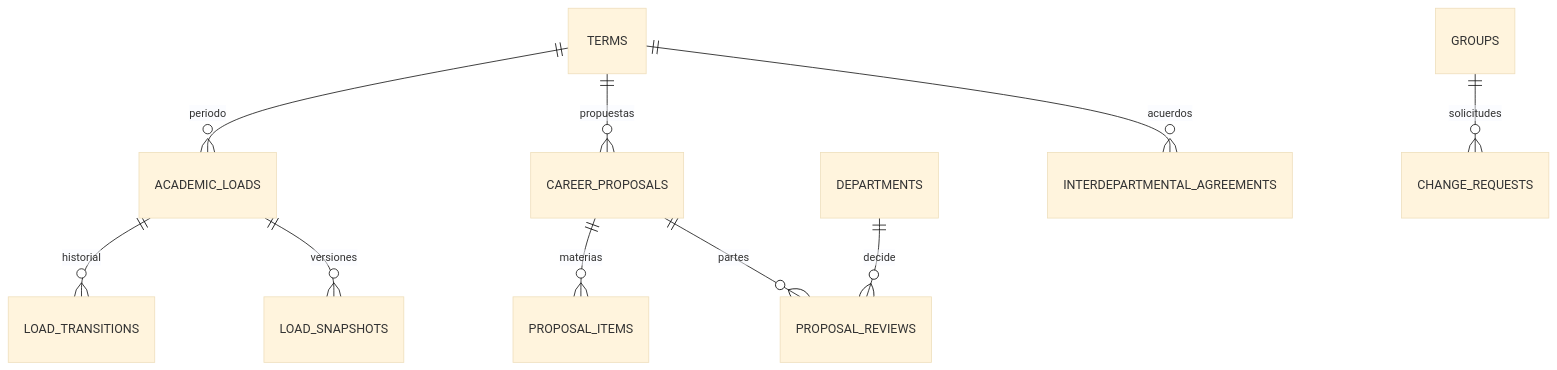
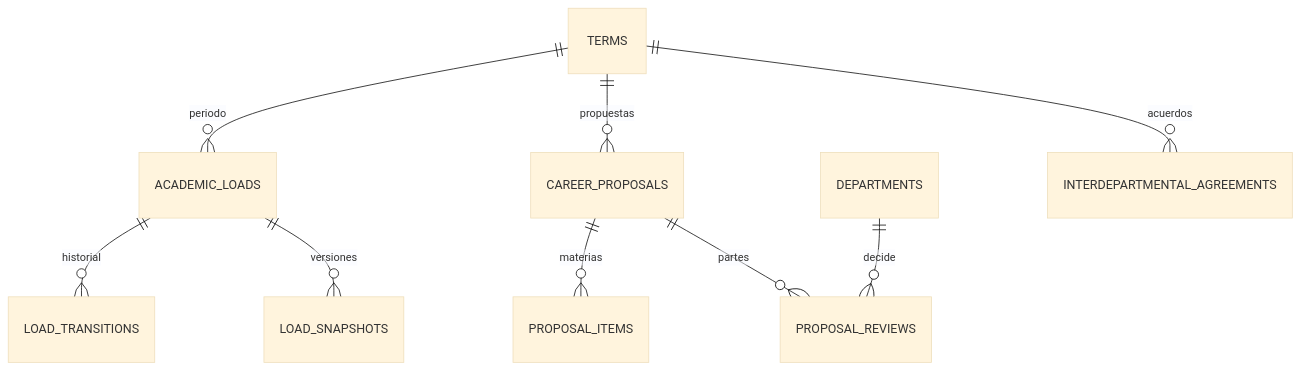
Before and after one commit to Erne1357/nexus: the fourth of 5 diagrams in docs/dominio/modelo-de-datos.md, drawn with Mermaid (base theme). The commit also changed other lines of this file and 4 other files, not shown here.

````diff
--- a/docs/dominio/modelo-de-datos.md
+++ b/docs/dominio/modelo-de-datos.md
@@ -154,12 +154,11 @@
 ```mermaid
 erDiagram
     TERMS ||--o{ ACADEMIC_LOADS : periodo
     ACADEMIC_LOADS ||--o{ LOAD_TRANSITIONS : historial
     ACADEMIC_LOADS ||--o{ LOAD_SNAPSHOTS : versiones
     TERMS ||--o{ CAREER_PROPOSALS : propuestas
     CAREER_PROPOSALS ||--o{ PROPOSAL_ITEMS : materias
     CAREER_PROPOSALS ||--o{ PROPOSAL_REVIEWS : partes
     DEPARTMENTS ||--o{ PROPOSAL_REVIEWS : decide
     TERMS ||--o{ INTERDEPARTMENTAL_AGREEMENTS : acuerdos
-    GROUPS ||--o{ CHANGE_REQUESTS : solicitudes
 ```
````
